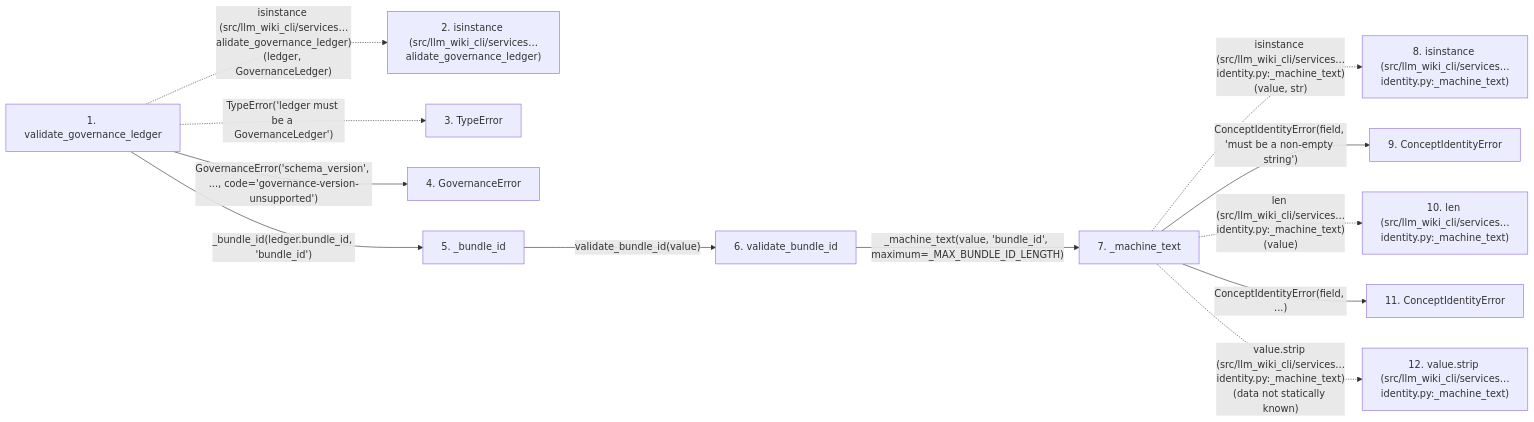
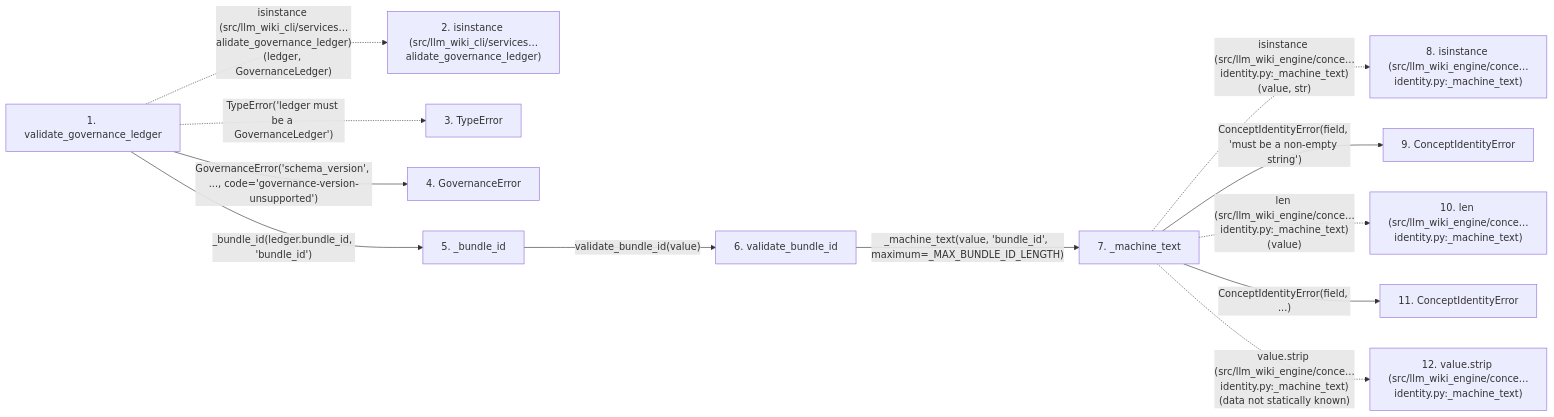
The second of 2 diagrams in docs/llm_wiki/flows/api-validate_governance_ledger.md (Denissvgn/python-wiki-llm), drawn with Mermaid before and after one commit. The commit also changed other lines of this file and 1103 other files, not shown here.

First line of the commit message:
docs: refresh the wiki for the llm-wiki-engine distribution

````diff
--- a/docs/llm_wiki/flows/api-validate_governance_ledger.md
+++ b/docs/llm_wiki/flows/api-validate_governance_ledger.md
@@ -139,33 +139,33 @@
 ```mermaid
 flowchart LR
     s1["1. validate_governance_ledger"]
     s2["2. isinstance (src/llm_wiki_cli/services…alidate_governance_ledger)"]
     s3["3. TypeError"]
     s4["4. GovernanceError"]
     s5["5. _bundle_id"]
     s6["6. validate_bundle_id"]
     s7["7. _machine_text"]
-    s8["8. isinstance (src/llm_wiki_cli/services…identity.py:_machine_text)"]
+    s8["8. isinstance (src/llm_wiki_engine/conce…identity.py:_machine_text)"]
     s9["9. ConceptIdentityError"]
-    s10["10. len (src/llm_wiki_cli/services…identity.py:_machine_text)"]
+    s10["10. len (src/llm_wiki_engine/conce…identity.py:_machine_text)"]
     s11["11. ConceptIdentityError"]
-    s12["12. value.strip (src/llm_wiki_cli/services…identity.py:_machine_text)"]
+    s12["12. value.strip (src/llm_wiki_engine/conce…identity.py:_machine_text)"]
     s1 -. "isinstance (src/llm_wiki_cli/services…alidate_governance_ledger)(ledger, GovernanceLedger)" .-> s2
     s1 -. "TypeError('ledger must be a GovernanceLedger')" .-> s3
     s1 -->|"GovernanceError('schema_version', ..., code='governance-version-unsupported')"| s4
     s1 -->|"_bundle_id(ledger.bundle_id, 'bundle_id')"| s5
     s5 -->|"validate_bundle_id(value)"| s6
     s6 -->|"_machine_text(value, 'bundle_id', maximum=_MAX_BUNDLE_ID_LENGTH)"| s7
-    s7 -. "isinstance (src/llm_wiki_cli/services…identity.py:_machine_text)(value, str)" .-> s8
+    s7 -. "isinstance (src/llm_wiki_engine/conce…identity.py:_machine_text)(value, str)" .-> s8
     s7 -->|"ConceptIdentityError(field, 'must be a non-empty string')"| s9
-    s7 -. "len (src/llm_wiki_cli/services…identity.py:_machine_text)(value)" .-> s10
+    s7 -. "len (src/llm_wiki_engine/conce…identity.py:_machine_text)(value)" .-> s10
     s7 -->|"ConceptIdentityError(field, ...)"| s11
-    s7 -. "value.strip (src/llm_wiki_cli/services…identity.py:_machine_text)(data not statically known)" .-> s12
+    s7 -. "value.strip (src/llm_wiki_engine/conce…identity.py:_machine_text)(data not statically known)" .-> s12
     click s1 "../modules/knowledge_governance.md"
     click s4 "../modules/knowledge_governance.md"
     click s5 "../modules/knowledge_governance.md"
     click s6 "../modules/concept_identity.md"
     click s7 "../modules/concept_identity.md"
     click s9 "../modules/concept_identity.md"
     click s11 "../modules/concept_identity.md"
 ```
````
